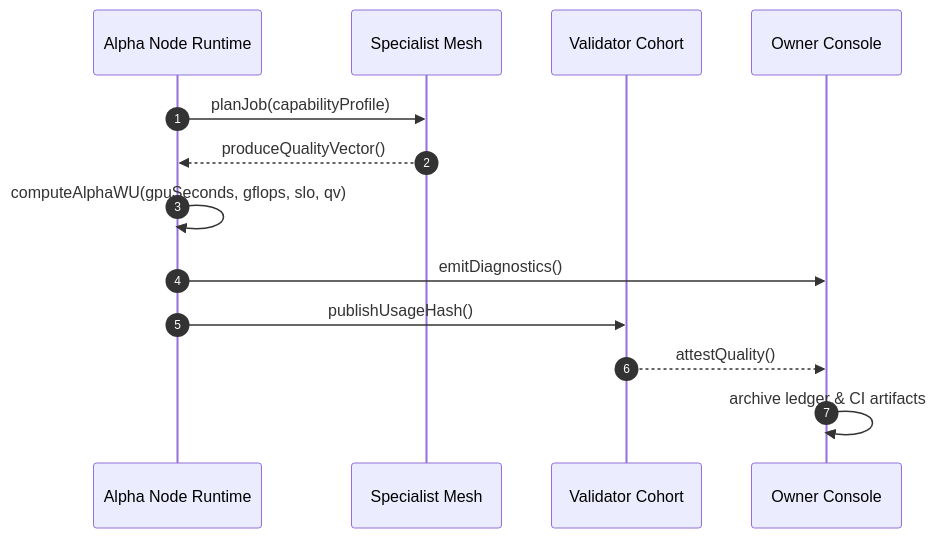
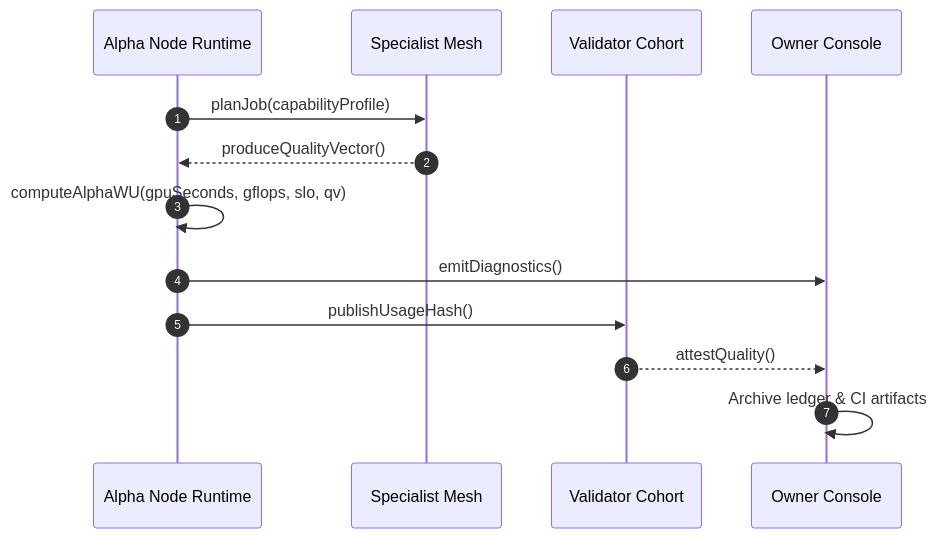
One commit to MontrealAI/AGI-Alpha-Node-v0 changed the second of 12 diagrams in docs/economics.md. Above: the diagram before and after it, drawn with Mermaid. The commit also changed other lines of this file, not shown here.

````diff
--- a/docs/economics.md
+++ b/docs/economics.md
@@ -163,16 +161,16 @@
 ```mermaid
 sequenceDiagram
   autonumber
   participant Node as Alpha Node Runtime
   participant Mesh as Specialist Mesh
   participant Validators as Validator Cohort
   participant Owner as Owner Console
 
   Node->>Mesh: planJob(capabilityProfile)
   Mesh-->>Node: produceQualityVector()
   Node->>Node: computeAlphaWU(gpuSeconds, gflops, slo, qv)
   Node->>Owner: emitDiagnostics()
   Node->>Validators: publishUsageHash()
   Validators-->>Owner: attestQuality()
-  Owner->>Owner: archive ledger & CI artifacts
+  Owner->>Owner: Archive ledger & CI artifacts
 ```
````
